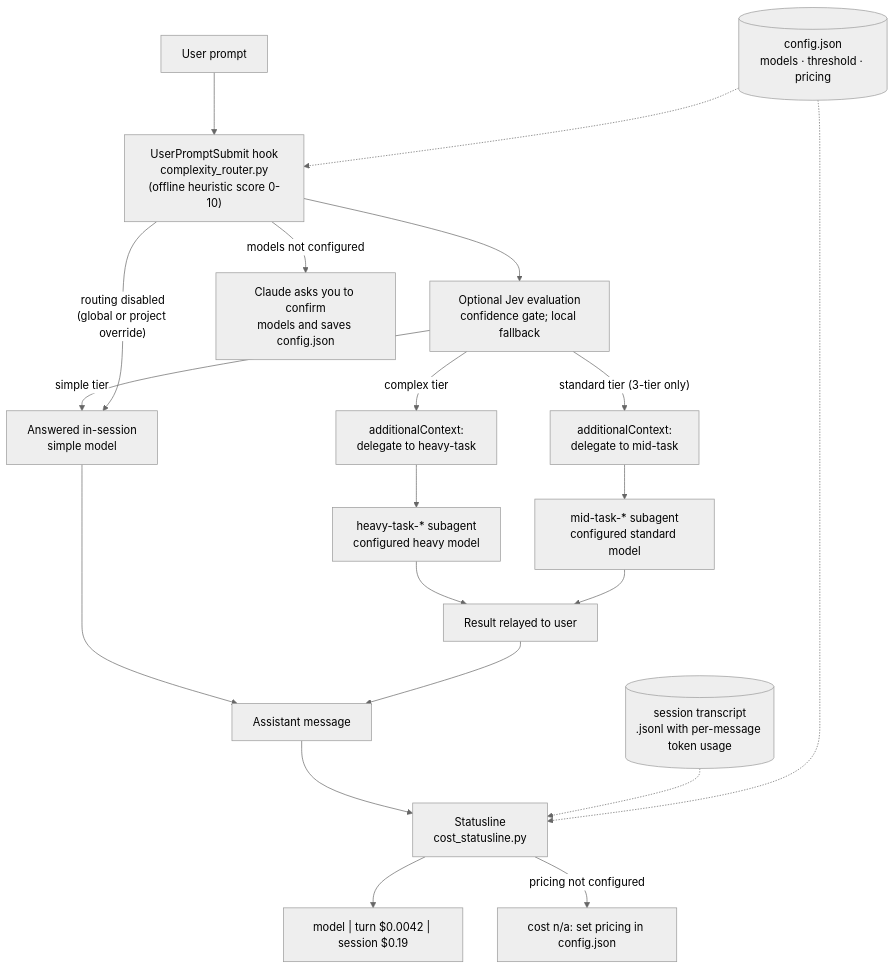
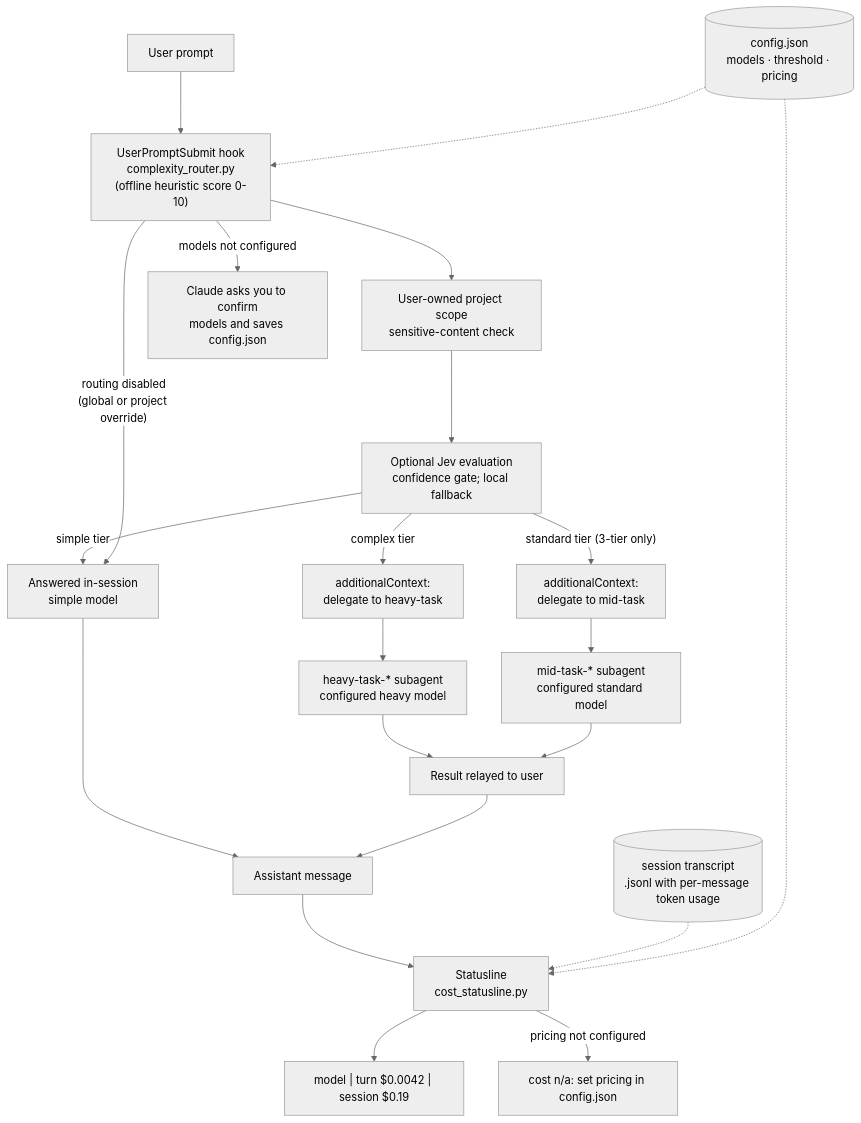
One commit to jig21nesh/model-switcher changed the first of 2 diagrams in README.md. Above: the diagram before and after it, drawn with Mermaid (neutral theme). The commit also changed other lines of this file and 19 other files, not shown here.

Commit message:
Fix routing authority and require explicit Jev sharing scope

````diff
--- a/README.md
+++ b/README.md
@@ -814,29 +840,30 @@
 ```mermaid
 flowchart TD
     U[User prompt] --> H["UserPromptSubmit hook<br/>complexity_router.py<br/>(offline heuristic score 0-10)"]
 
     C[("config.json<br/>models · threshold · pricing")] -.-> H
 
-    H --> J["Optional Jev evaluation<br/>confidence gate; local fallback"]
+    H --> P["User-owned project scope<br/>sensitive-content check"]
+    P --> J["Optional Jev evaluation<br/>confidence gate; local fallback"]
     J -->|"simple tier"| S["Answered in-session<br/>simple model"]
     J -->|"standard tier (3-tier only)"| M["additionalContext:<br/>delegate to mid-task"]
     J -->|"complex tier"| D["additionalContext:<br/>delegate to heavy-task"]
     H -->|"models not configured"| Q["Claude asks you to confirm<br/>models and saves config.json"]
     H -->|"routing disabled<br/>(global or project override)"| S
 
     M --> B["mid-task-* subagent<br/>configured standard model"]
     D --> A["heavy-task-* subagent<br/>configured heavy model"]
     A --> R[Result relayed to user]
     B --> R
 
     S --> T[Assistant message]
     R --> T
 
     T --> SL["Statusline<br/>cost_statusline.py"]
 
     TR[("session transcript<br/>.jsonl with per-message token usage")] -.-> SL
     C -.-> SL
 
     SL --> OUT["model | turn $0.0042 | session $0.19"]
     SL -->|"pricing not configured"| WARN["cost n/a: set pricing in config.json"]
 ```
````
